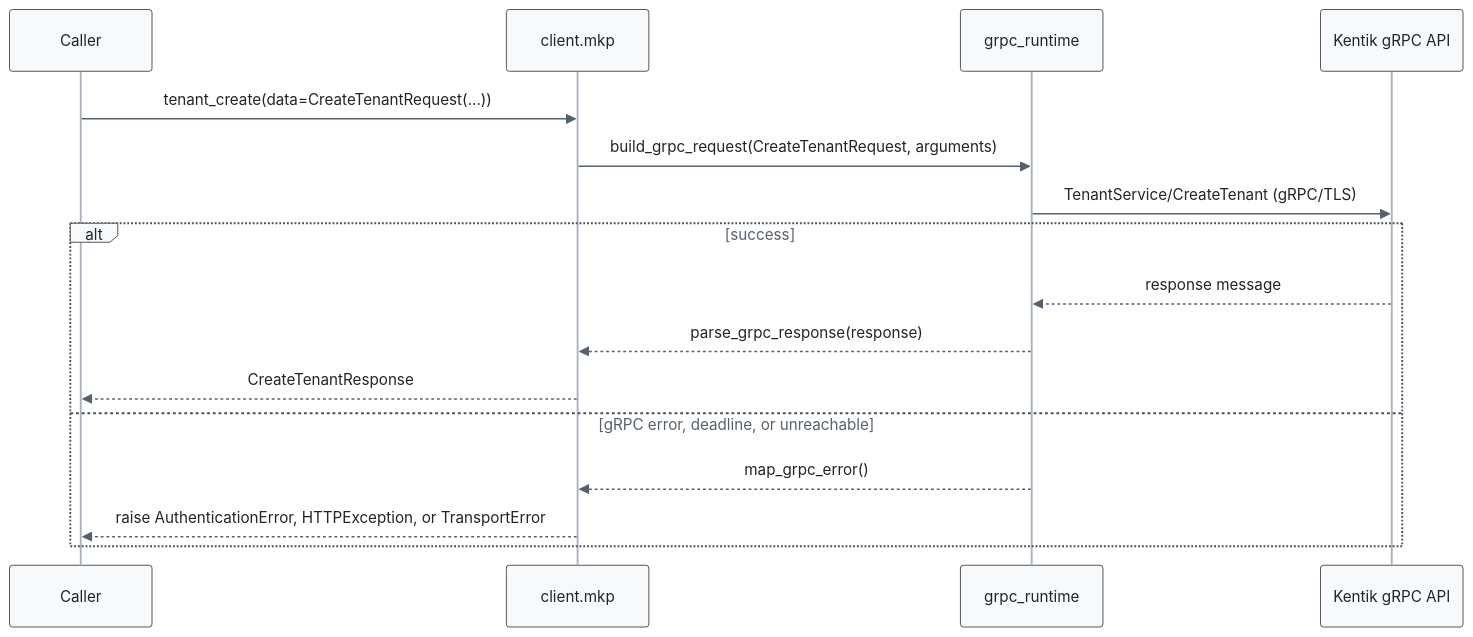
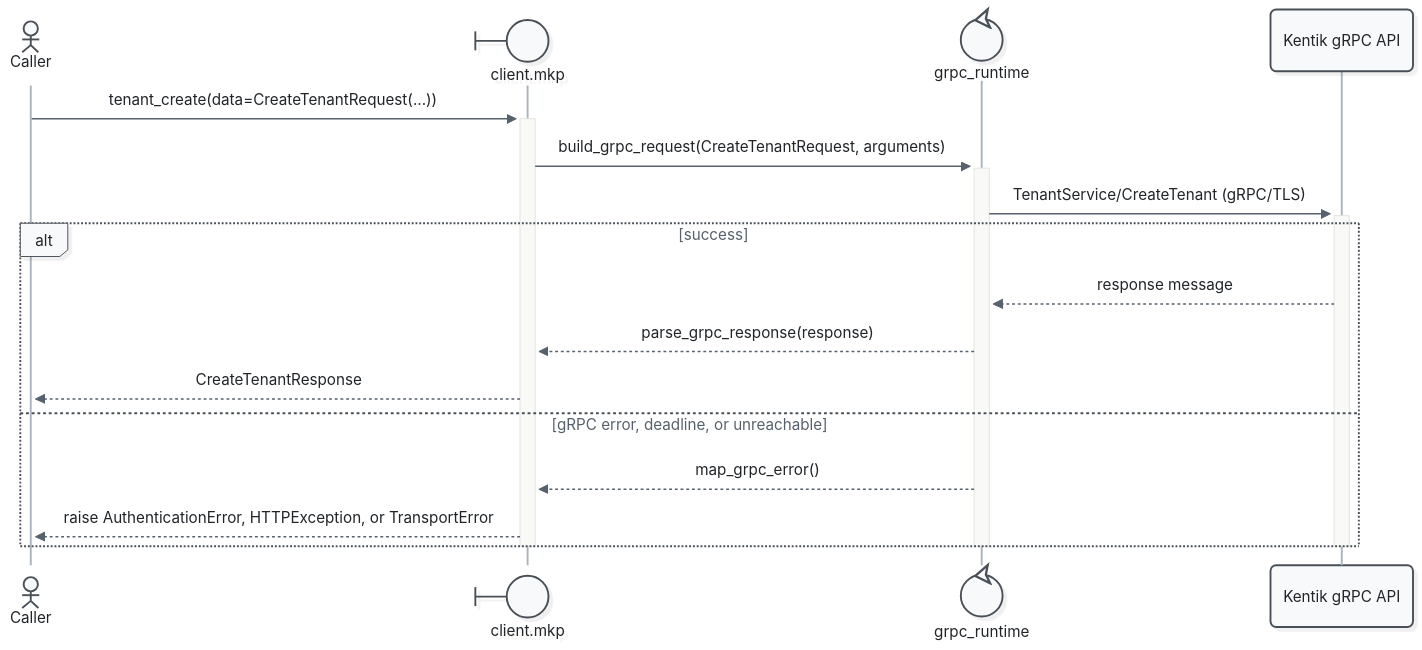
One commit to alexdearaujo/community_sdk_python changed diagram 14 of 29 in docs/sphinx/services/mkp.md. Above: the diagram before and after it, drawn with Mermaid. The commit also changed other lines of this file and 52 other files, not shown here.

First line of the commit message:
docs: Mermaid 12 sequence diagrams with participant types and path colors

````diff
--- a/docs/sphinx/services/mkp.md
+++ b/docs/sphinx/services/mkp.md
@@ -513,20 +545,23 @@
 ```mermaid
-%%{init: {"theme": "base", "fontFamily": "ui-monospace, SFMono-Regular, Menlo, monospace", "themeVariables": {"fontFamily": "ui-monospace, SFMono-Regular, Menlo, monospace", "primaryColor": "#f8f9fa", "primaryBorderColor": "#495057", "primaryTextColor": "#212529", "textColor": "#212529", "lineColor": "#77818c", "edgeLabelBackground": "#ffffff", "actorBkg": "#f8f9fa", "actorBorder": "#495057", "actorTextColor": "#212529", "actorLineColor": "#a9b3be", "signalColor": "#57616d", "signalTextColor": "#212529", "labelBoxBkgColor": "#f8f9fa", "labelBoxBorderColor": "#495057", "labelTextColor": "#212529", "loopTextColor": "#57616d", "noteBkgColor": "#fff9db", "noteBorderColor": "#f08c00", "noteTextColor": "#a35a00"}, "flowchart": {"curve": "step", "nodeSpacing": 30, "rankSpacing": 70, "wrappingWidth": 400}}}%%
+%%{init: {"theme": "redux", "look": "neo", "layout": "dagre", "fontFamily": "ui-monospace, SFMono-Regular, Menlo, monospace", "themeVariables": {"fontFamily": "ui-monospace, SFMono-Regular, Menlo, monospace", "primaryColor": "#f8f9fa", "primaryBorderColor": "#495057", "primaryTextColor": "#212529", "textColor": "#212529", "lineColor": "#77818c", "edgeLabelBackground": "#ffffff", "actorBkg": "#f8f9fa", "actorBorder": "#495057", "actorTextColor": "#212529", "actorLineColor": "#a9b3be", "signalColor": "#57616d", "signalTextColor": "#212529", "labelBoxBkgColor": "#f8f9fa", "labelBoxBorderColor": "#495057", "labelTextColor": "#212529", "loopTextColor": "#57616d", "noteBkgColor": "#fff9db", "noteBorderColor": "#f08c00", "noteTextColor": "#a35a00"}, "sequence": {"activationWidth": 16}, "flowchart": {"curve": "step", "nodeSpacing": 30, "rankSpacing": 70, "wrappingWidth": 400}}}%%
 sequenceDiagram
-    participant C as Caller
-    participant W as client.mkp
-    participant R as grpc_runtime
+    actor C as Caller
+    participant W@{ "type": "boundary" } as client.mkp
+    participant R@{ "type": "control" } as grpc_runtime
     participant API as Kentik gRPC API
 
-    C->>W: tenant_create(data=CreateTenantRequest(...))
-    W->>R: build_grpc_request(CreateTenantRequest, arguments)
-    R->>API: TenantService/CreateTenant (gRPC/TLS)
+    C->>+W: tenant_create(data=CreateTenantRequest(...))
+    W->>+R: build_grpc_request(CreateTenantRequest, arguments)
+    R->>+API: TenantService/CreateTenant (gRPC/TLS)
     alt success
         API-->>R: response message
         R-->>W: parse_grpc_response(response)
         W-->>C: CreateTenantResponse
     else gRPC error, deadline, or unreachable
         R-->>W: map_grpc_error()
         W-->>C: raise AuthenticationError, HTTPException, or TransportError
     end
+    deactivate API
+    deactivate R
+    deactivate W
 ```
````
